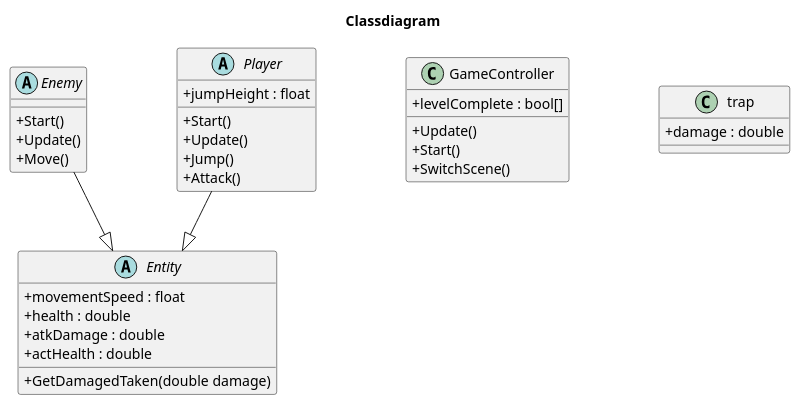
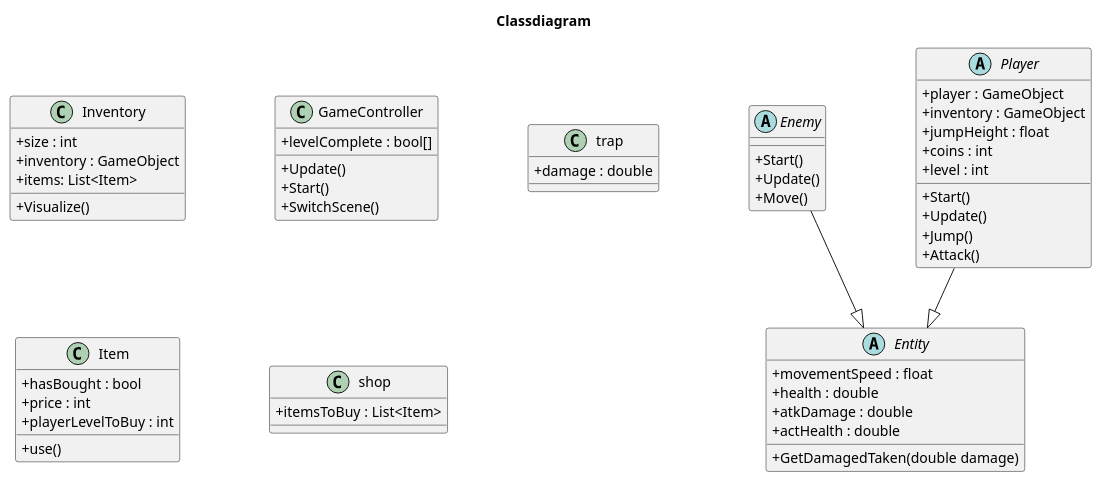
One commit to Baschtissss/JumpAndRun changed the diagram in Doku/UML-Class.adoc. Above: the diagram before and after it, drawn with PlantUML.

Commit message:
Classendiagram erweitert Shop, Items, Methoden, Attribute erweitert

```diff
--- a/Doku/UML-Class.adoc
+++ b/Doku/UML-Class.adoc
@@ -1,46 +1,68 @@
 [plantuml]
 ....
 @startuml
 'skinparam handwritten true
 skinparam classAttributeIconSize 0
 skinparam nodesep 90
 
 title Classdiagram
 
 abstract class Entity{
 + movementSpeed : float
 + health : double
 + atkDamage : double
 + actHealth : double
 + GetDamagedTaken(double damage)
 }
 
 abstract class Enemy{
 + Start()
 + Update()
 + Move()
 }
 
 abstract class Player{
++ player : GameObject
++ inventory : GameObject
 + jumpHeight : float
++ coins : int
++ level : int
 + Start()
 + Update()
 + Jump()
 + Attack()
+}
+
+class Inventory{
++ size : int
++ inventory : GameObject
++ items: List<Item>
++ Visualize()
 }
 
 class GameController{
 + levelComplete : bool[]
 + Update()
 + Start()
 + SwitchScene()
 }
 
 class trap{
 + damage : double
 }
 
+class Item{
++ hasBought : bool
++ price : int
++ playerLevelToBuy : int
++ use()
+}
+
+class shop{
++ itemsToBuy : List<Item>
+}
+
 Player --|> Entity
 Enemy --|> Entity
 @enduml
 ....
```
